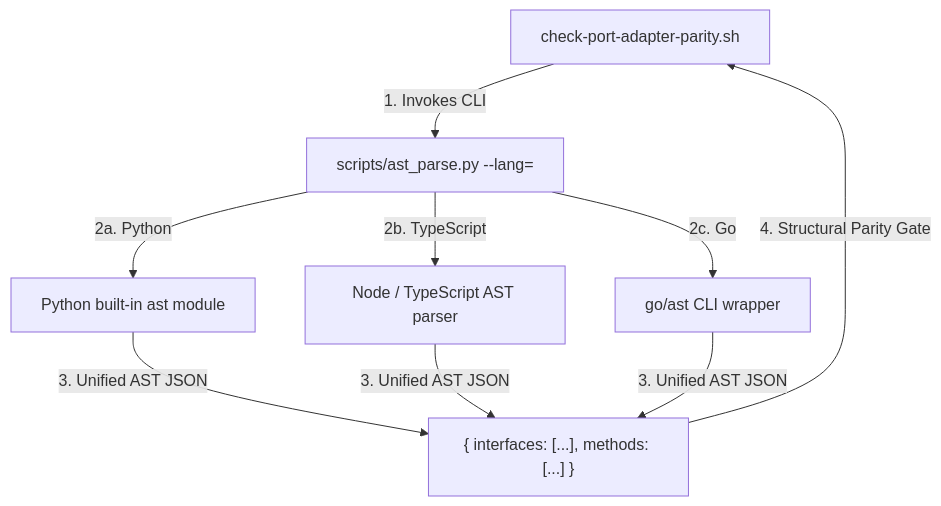
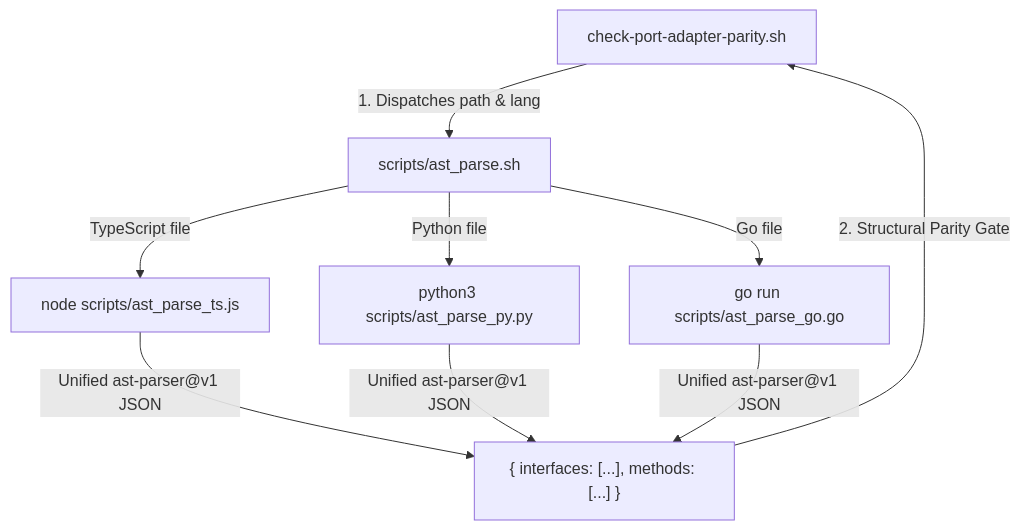
One commit to nuewframe/praxis changed the diagram in docs/architecture/adr/ADR.260811.01-ast-multi-language-parser-infrastructure.md. Above: the diagram before and after it, drawn with Mermaid. The commit also changed other lines of this file and 1 other file, not shown here.

First line of the commit message:
docs(architecture): refine ADR.260811.01 and INIT to Polyglot Language-Native AST Parsers

````diff
--- a/docs/architecture/adr/ADR.260811.01-ast-multi-language-parser-infrastructure.md
+++ b/docs/architecture/adr/ADR.260811.01-ast-multi-language-parser-infrastructure.md
@@ -34,11 +30,11 @@
 ```mermaid
 flowchart TD
-    Probe["check-port-adapter-parity.sh"] -->|1. Invokes CLI| CLI["scripts/ast_parse.py --lang=<ts|go|py> <file>"]
-    CLI -->|2a. Python| PyAST["Python built-in ast module"]
-    CLI -->|2b. TypeScript| TsAST["Node / TypeScript AST parser"]
-    CLI -->|2c. Go| GoAST["go/ast CLI wrapper"]
-    PyAST -->|3. Unified AST JSON| Out["{ interfaces: [...], methods: [...] }"]
-    TsAST -->|3. Unified AST JSON| Out
-    GoAST -->|3. Unified AST JSON| Out
-    Out -->|4. Structural Parity Gate| Probe
+    Probe["check-port-adapter-parity.sh"] -->|1. Dispatches path & lang| Bridge["scripts/ast_parse.sh"]
+    Bridge -->|TypeScript file| NodeRunner["node scripts/ast_parse_ts.js"]
+    Bridge -->|Python file| PyRunner["python3 scripts/ast_parse_py.py"]
+    Bridge -->|Go file| GoRunner["go run scripts/ast_parse_go.go"]
+    NodeRunner -->|Unified ast-parser@v1 JSON| Out["{ interfaces: [...], methods: [...] }"]
+    PyRunner -->|Unified ast-parser@v1 JSON| Out
+    GoRunner -->|Unified ast-parser@v1 JSON| Out
+    Out -->|2. Structural Parity Gate| Probe
 ```
````
